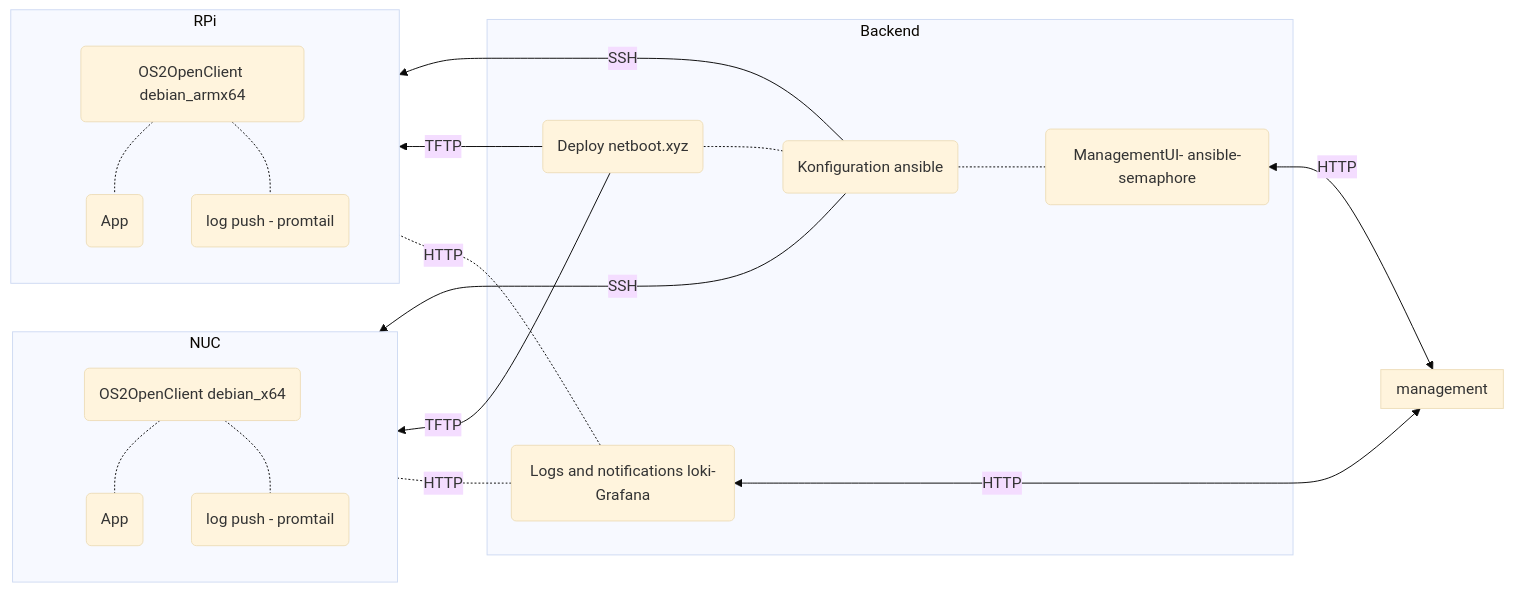
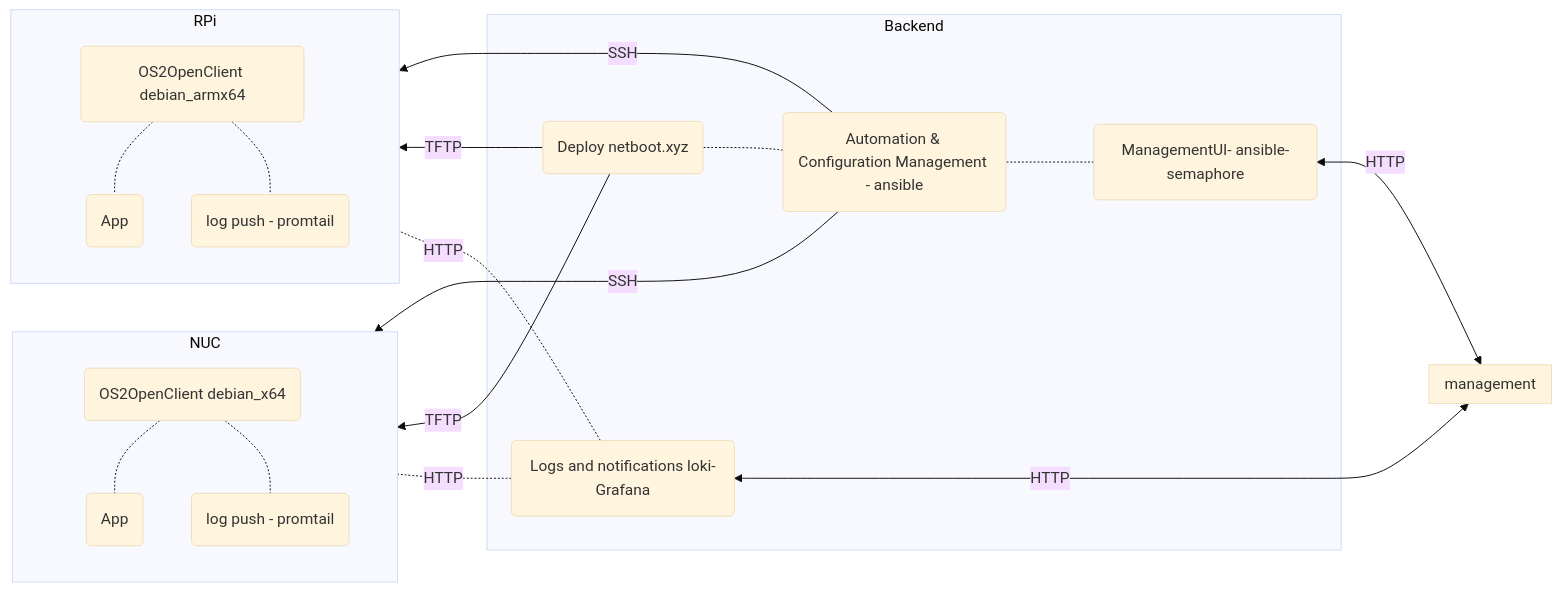
One commit to OS2sandbox/sandbox-openclient changed the diagram in README.md. Above: the diagram before and after it, drawn with Mermaid (base theme).

````diff
--- a/README.md
+++ b/README.md
@@ -20,33 +20,33 @@
 ```mermaid
 
 graph RL
 
 subgraph management
 end
 
 subgraph NUC
 debarm(OS2OpenClient debian_x64)-.-
 app2(App) & promtail1(log push - promtail)
 end
 
 
 subgraph RPi
 debx64(OS2OpenClient debian_armx64)-.-
 app1(App) & promtail2(log push - promtail)
 end
 
 subgraph Backend
 logengine(Logs and notifications loki-Grafana);
-configman(Konfiguration ansible);
+configman(Automation & Configuration Management - ansible);
 netboot(Deploy netboot.xyz);
 semaphore(ManagementUI- ansible-semaphore);
 end
 
 configman-.-netboot
 management<--HTTP-->semaphore & logengine
 configman--SSH-->RPi & NUC
 netboot--TFTP-->RPi & NUC
 semaphore-.-configman
 logengine-.HTTP.-RPi & NUC
 
 ```
````
